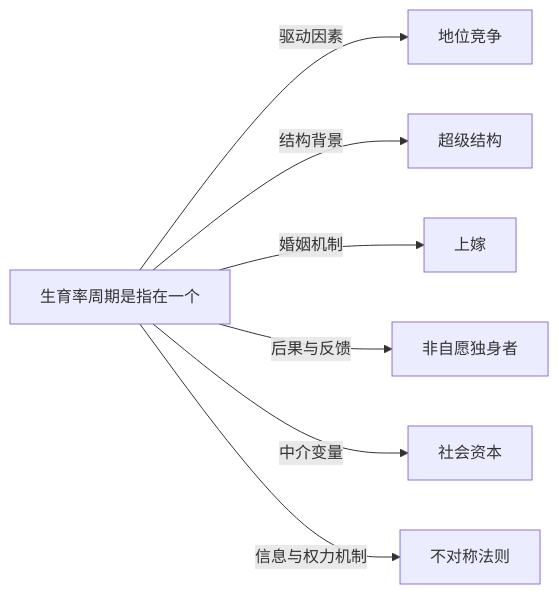
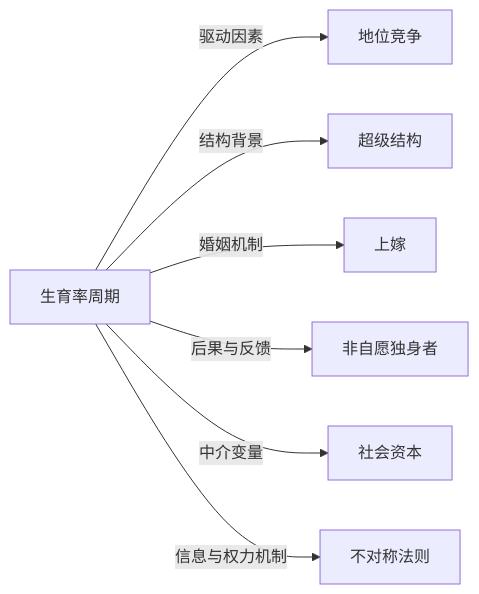
Before and after one commit to KIMMCHOW/MyKnowledge: the diagram in Knowledge/Concepts/社会学/生育率周期.md, drawn with Mermaid. The commit also changed 96 other files, not shown here.

Commit message:
fix: 修复概念页关系图节点并补齐缺失关联

````diff
--- a/Knowledge/Concepts/社会学/生育率周期.md
+++ b/Knowledge/Concepts/社会学/生育率周期.md
@@ -47,9 +47,9 @@
 ```mermaid
 graph LR
-    生育率周期是指在一个 -->|驱动因素| 地位竞争
-    生育率周期是指在一个 -->|结构背景| 超级结构
-    生育率周期是指在一个 -->|婚姻机制| 上嫁
-    生育率周期是指在一个 -->|后果与反馈| 非自愿独身者
-    生育率周期是指在一个 -->|中介变量| 社会资本
-    生育率周期是指在一个 -->|信息与权力机制| 不对称法则
+生育率周期 -->|驱动因素| 地位竞争
+生育率周期 -->|结构背景| 超级结构
+生育率周期 -->|婚姻机制| 上嫁
+生育率周期 -->|后果与反馈| 非自愿独身者
+生育率周期 -->|中介变量| 社会资本
+生育率周期 -->|信息与权力机制| 不对称法则
 ```
````
